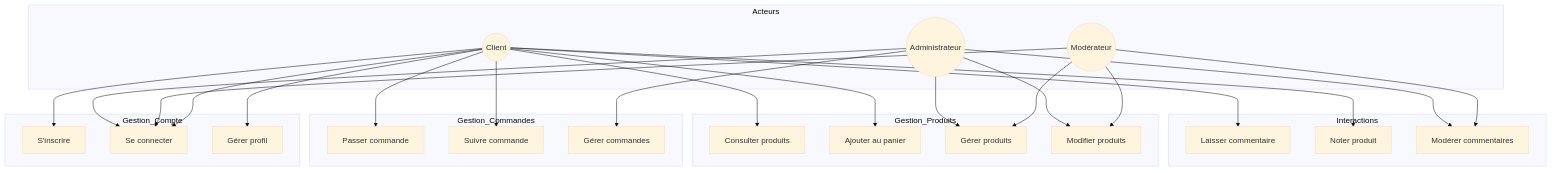
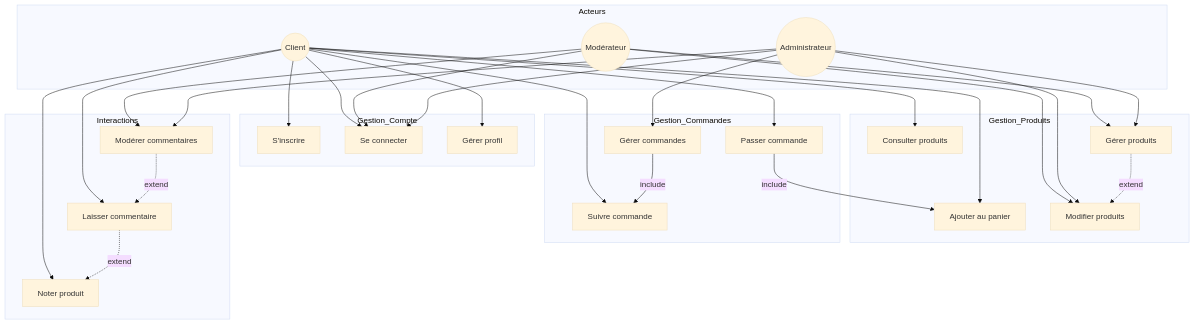
One commit to JordanSN1/ProjetTMA changed the first of 3 diagrams in DOCUMENTATION.md. Above: the diagram before and after it, drawn with Mermaid (base theme). The commit also changed other lines of this file, not shown here.

````diff
--- a/DOCUMENTATION.md
+++ b/DOCUMENTATION.md
@@ -10,54 +11,62 @@
 ```mermaid
 graph TB
     subgraph Acteurs
         Client((Client))
         Moderateur((Modérateur))
         Admin((Administrateur))
     end
 
     subgraph Gestion_Compte
         Inscription[S'inscrire]
         Connexion[Se connecter]
         GererProfil[Gérer profil]
     end
 
     subgraph Gestion_Produits
         ConsulterProduits[Consulter produits]
         AjouterPanier[Ajouter au panier]
         GererProduits[Gérer produits]
         ModifierProduits[Modifier produits]
     end
 
     subgraph Gestion_Commandes
         PasserCommande[Passer commande]
         SuivreCommande[Suivre commande]
         GererCommandes[Gérer commandes]
     end
 
     subgraph Interactions
         LaisserCommentaire[Laisser commentaire]
         NoterProduit[Noter produit]
         ModererCommentaires[Modérer commentaires]
     end
 
     Client --> Inscription
     Client --> Connexion
     Client --> GererProfil
     Client --> ConsulterProduits
     Client --> AjouterPanier
     Client --> PasserCommande
     Client --> SuivreCommande
     Client --> LaisserCommentaire
     Client --> NoterProduit
 
     Moderateur --> Connexion
     Moderateur --> GererProduits
     Moderateur --> ModifierProduits
     Moderateur --> ModererCommentaires
 
     Admin --> Connexion
     Admin --> GererProduits
     Admin --> ModifierProduits
     Admin --> GererCommandes
     Admin --> ModererCommentaires
+
+    %% Relations extends et includes
+    PasserCommande -->|include| AjouterPanier
+    GererProduits -.->|extend| ModifierProduits
+    GererCommandes -->|include| SuivreCommande
+    LaisserCommentaire -.->|extend| NoterProduit
+    ModererCommentaires -.->|extend| LaisserCommentaire
+
 ```
````
